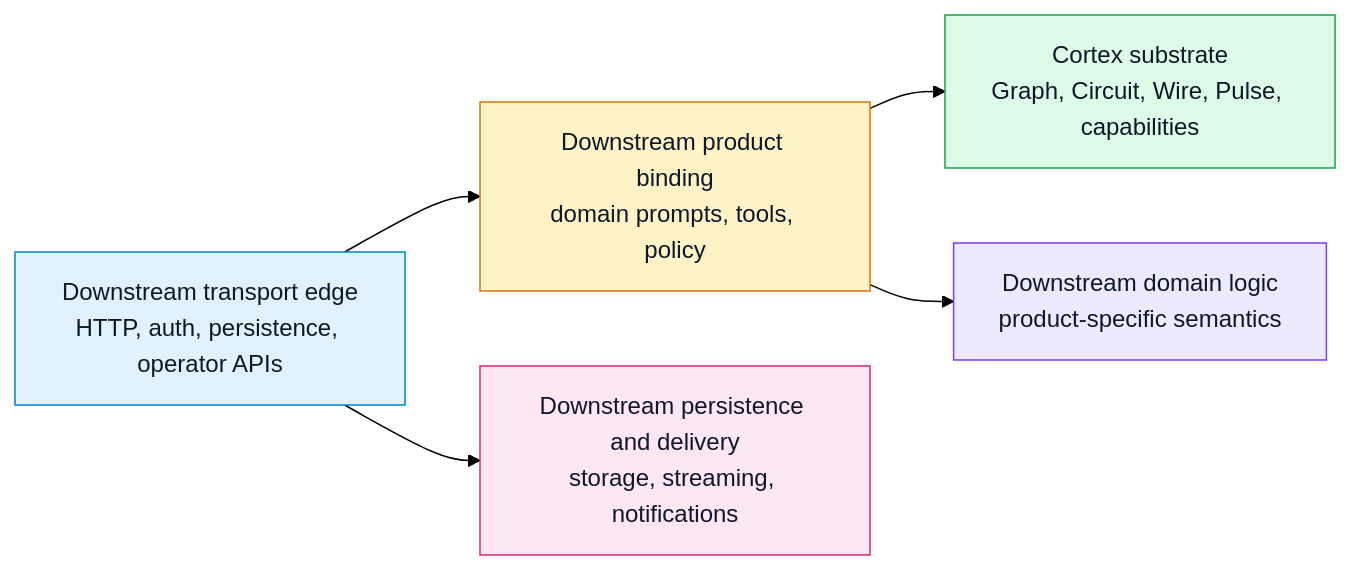
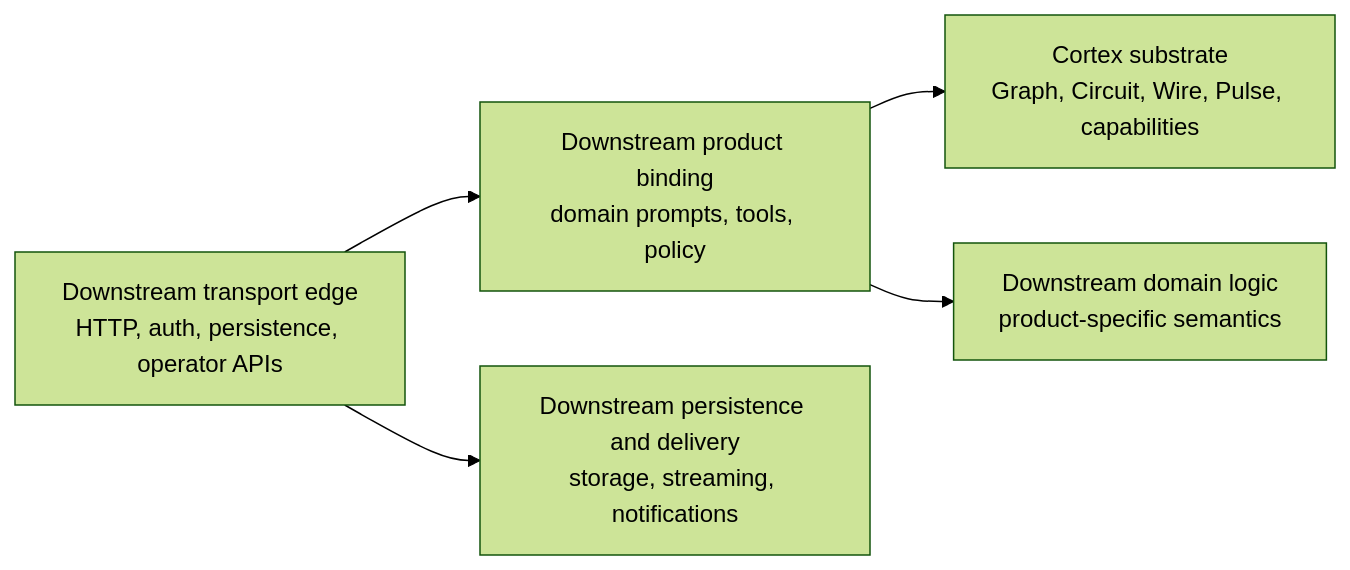
Before and after one commit to Digimuoto/cortex: the diagram in docs/Architecture/01-overview.md, drawn with Mermaid (forest theme). The commit also changed 6 other files, not shown here.

First line of the commit message:
docs: prefer default Mermaid theme colours across diagrams

````diff
--- a/docs/Architecture/01-overview.md
+++ b/docs/Architecture/01-overview.md
@@ -63,14 +63,8 @@
 ```mermaid
 flowchart LR
     T[Downstream transport edge<br/>HTTP, auth, persistence, operator APIs] --> B[Downstream product binding<br/>domain prompts, tools, policy]
     B --> X[Cortex substrate<br/>Graph, Circuit, Wire, Pulse, capabilities]
 
     B --> D[Downstream domain logic<br/>product-specific semantics]
     T --> P[Downstream persistence and delivery<br/>storage, streaming, notifications]
-
-    style T fill:#e0f2fe,stroke:#0284c7,color:#0f172a
-    style B fill:#fef3c7,stroke:#d97706,color:#0f172a
-    style X fill:#dcfce7,stroke:#16a34a,color:#0f172a
-    style D fill:#ede9fe,stroke:#7c3aed,color:#0f172a
-    style P fill:#fce7f3,stroke:#db2777,color:#0f172a
 ```
````
